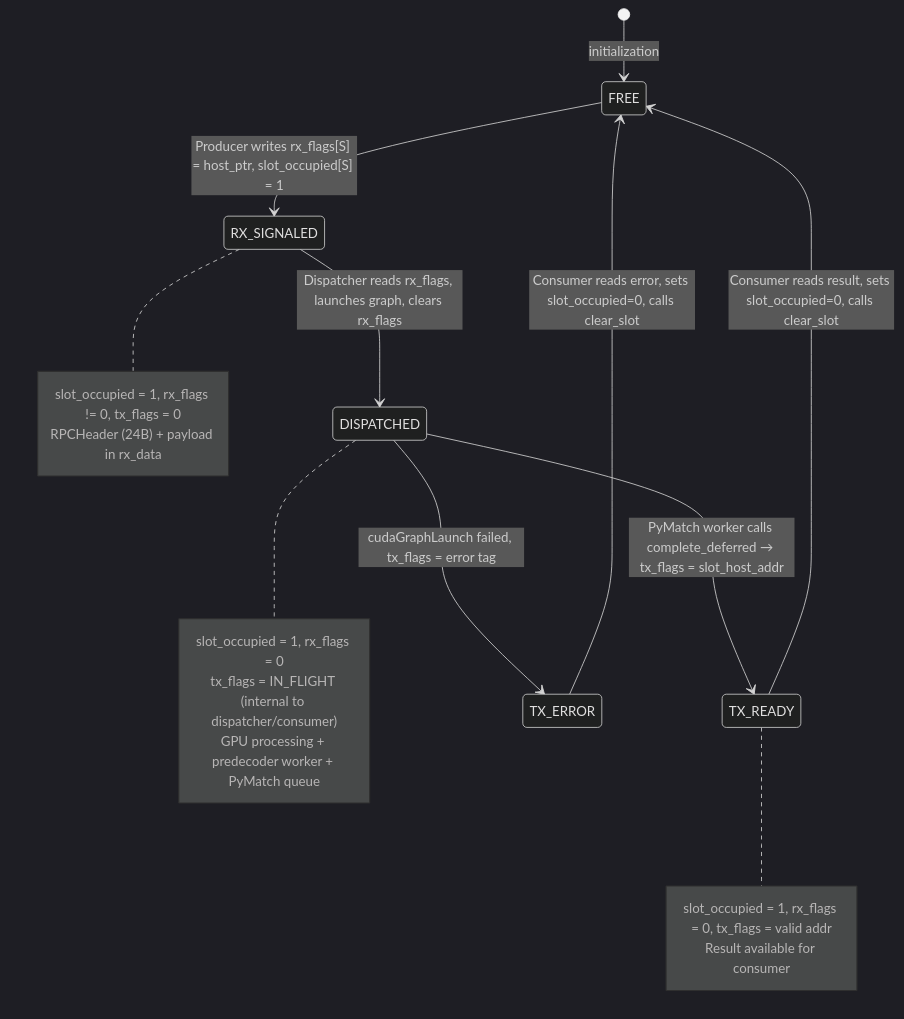
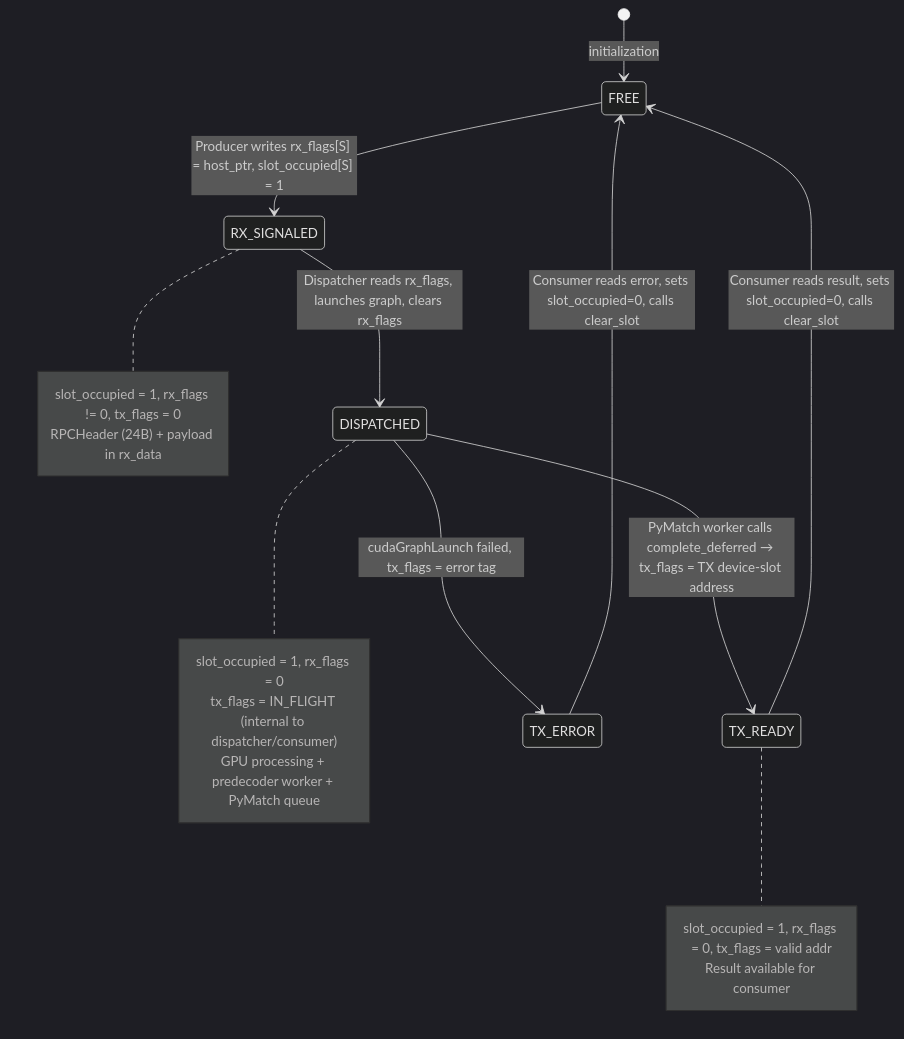
One commit to NVIDIA/cudaqx changed the fourth of 8 diagrams in libs/qec/lib/realtime/realtime_pipeline_architecture.md. Above: the diagram before and after it, drawn with Mermaid (dark theme). The commit also changed other lines of this file and 15 other files, not shown here.

````diff
--- a/libs/qec/lib/realtime/realtime_pipeline_architecture.md
+++ b/libs/qec/lib/realtime/realtime_pipeline_architecture.md
@@ -262,28 +268,28 @@
 ```mermaid
 stateDiagram-v2
     [*] --> FREE : initialization
 
     FREE --> RX_SIGNALED : Producer writes rx_flags[S] = host_ptr, slot_occupied[S] = 1
     note right of RX_SIGNALED
         slot_occupied = 1, rx_flags != 0, tx_flags = 0
         RPCHeader (24B) + payload in rx_data
     end note
 
     RX_SIGNALED --> DISPATCHED : Dispatcher reads rx_flags, launches graph, clears rx_flags
     note right of DISPATCHED
         slot_occupied = 1, rx_flags = 0
         tx_flags = IN_FLIGHT (internal to dispatcher/consumer)
         GPU processing + predecoder worker + PyMatch queue
     end note
 
-    DISPATCHED --> TX_READY : PyMatch worker calls complete_deferred → tx_flags = slot_host_addr
+    DISPATCHED --> TX_READY : PyMatch worker calls complete_deferred → tx_flags = TX device-slot address
     note right of TX_READY
         slot_occupied = 1, rx_flags = 0, tx_flags = valid addr
         Result available for consumer
     end note
 
     TX_READY --> FREE : Consumer reads result, sets slot_occupied=0, calls clear_slot
 
     DISPATCHED --> TX_ERROR : cudaGraphLaunch failed, tx_flags = error tag
     TX_ERROR --> FREE : Consumer reads error, sets slot_occupied=0, calls clear_slot
 ```
````
